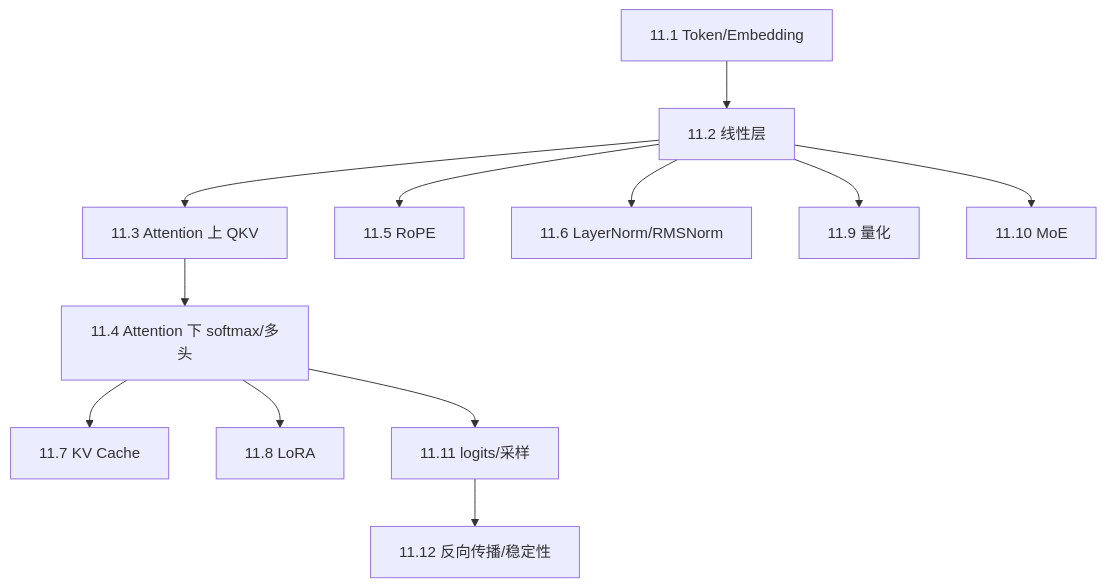
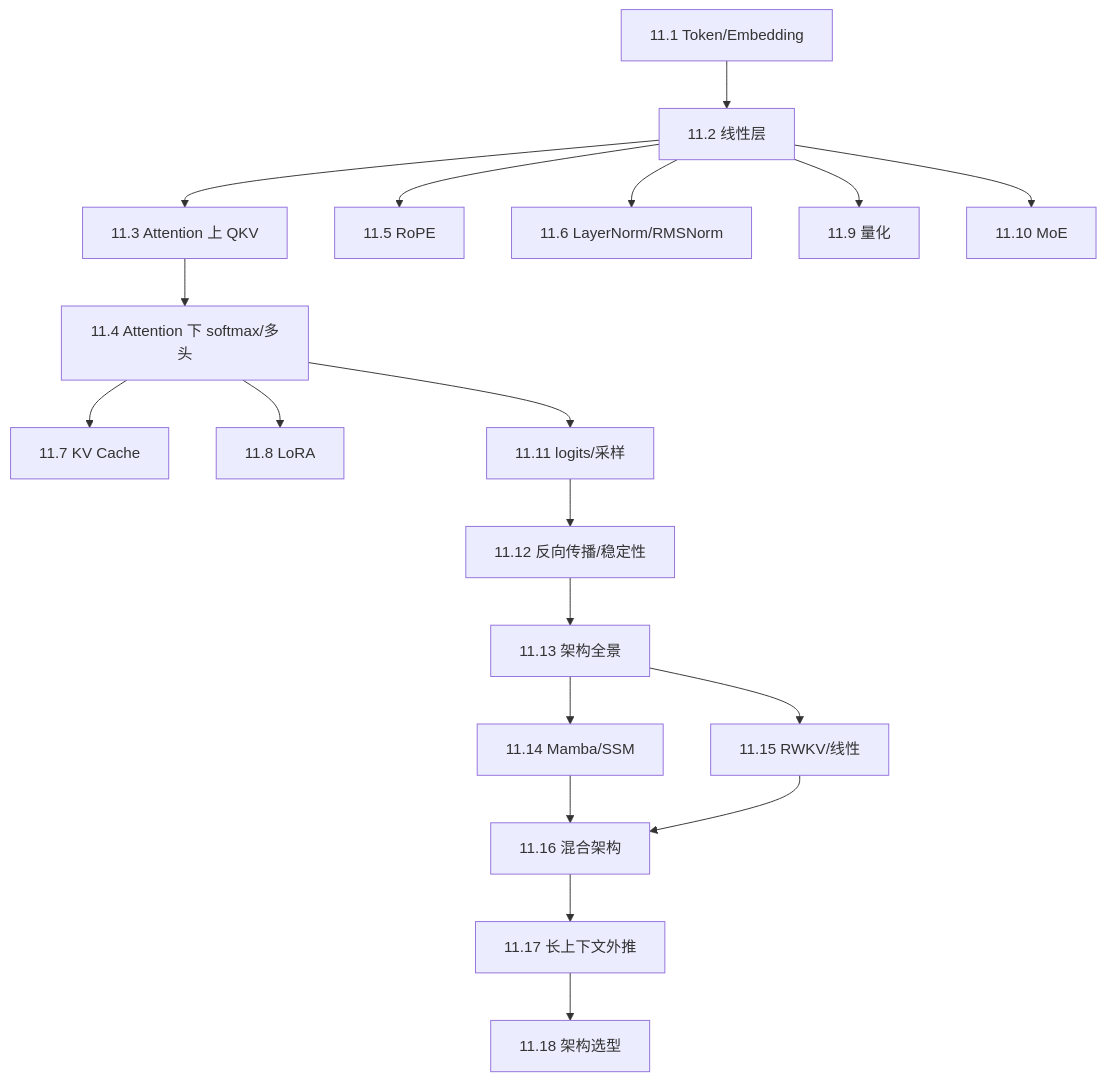
One commit to kingfs/Linear-Algebra-to-LLM changed the diagram in 11-大模型专题/README.md. Above: the diagram before and after it, drawn with Mermaid. The commit also changed other lines of this file and 14 other files, not shown here.

````diff
--- a/11-大模型专题/README.md
+++ b/11-大模型专题/README.md
@@ -21,14 +23,21 @@
 ```mermaid
 flowchart TD
     A[11.1 Token/Embedding] --> B[11.2 线性层]
     B --> C[11.3 Attention 上 QKV]
     C --> D[11.4 Attention 下 softmax/多头]
     B --> E[11.5 RoPE]
     B --> F[11.6 LayerNorm/RMSNorm]
     D --> G[11.7 KV Cache]
     D --> H[11.8 LoRA]
     B --> I[11.9 量化]
     B --> J[11.10 MoE]
     D --> K[11.11 logits/采样]
     K --> L[11.12 反向传播/稳定性]
+    L --> M[11.13 架构全景]
+    M --> N[11.14 Mamba/SSM]
+    M --> O[11.15 RWKV/线性]
+    N --> P[11.16 混合架构]
+    O --> P
+    P --> Q[11.17 长上下文外推]
+    Q --> R[11.18 架构选型]
 ```
````
